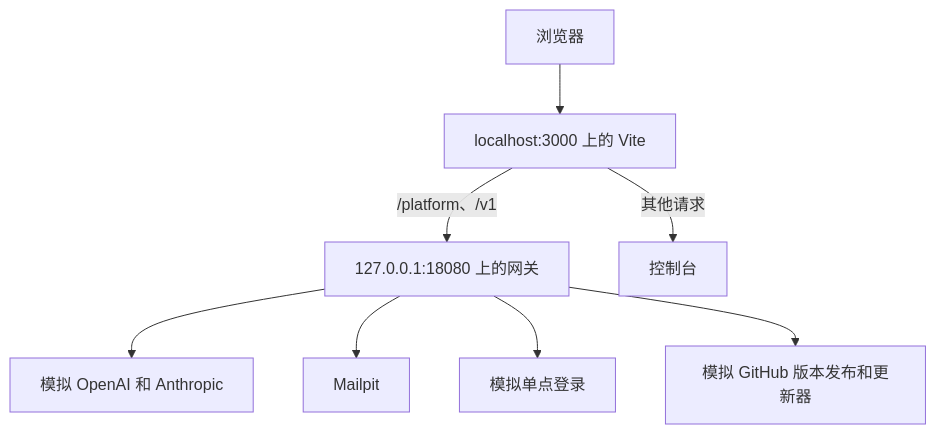
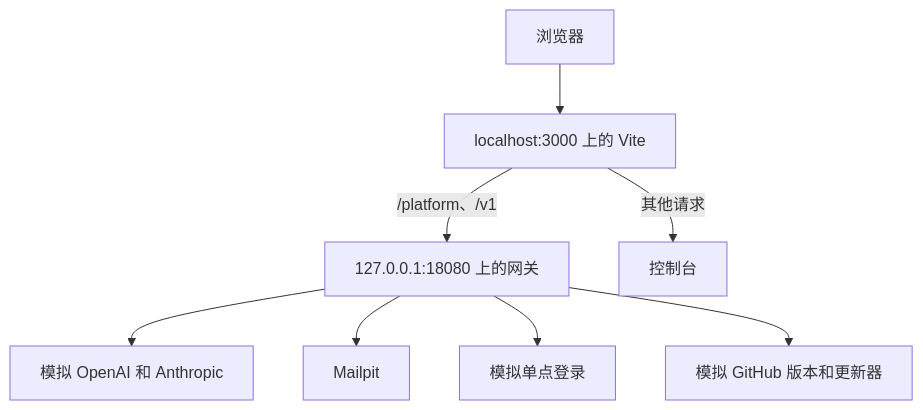
Before and after one commit to logicplanes/kaeso: the diagram in apps/docs/content/zh-CN/development/stack.md, drawn with Mermaid. The commit also changed other lines of this file and 26 other files, not shown here.

````diff
--- a/apps/docs/content/zh-CN/development/stack.md
+++ b/apps/docs/content/zh-CN/development/stack.md
@@ -9,12 +9,12 @@
 ```mermaid
 flowchart TD
   accTitle: 开发栈
-  accDescr: 浏览器打开 localhost:3000 上的 Vite。Vite 把 /platform 和 /v1 转发给 127.0.0.1:18080 上的网关，其余请求则返回控制台。网关调用模拟服务商、Mailpit、模拟身份提供商，以及模拟的版本发布和更新器。
+  accDescr: 浏览器打开 localhost:3000 上的 Vite。Vite 把 /platform 和 /v1 转发给 127.0.0.1:18080 上的网关，其余请求则返回控制台。网关调用模拟服务商、Mailpit、模拟身份提供商，以及模拟的版本和更新器。
   browser[浏览器] --> vite[localhost:3000 上的 Vite]
   vite -- /platform、/v1 --> gateway[127.0.0.1:18080 上的网关]
   vite -- 其他请求 --> console[控制台]
   gateway --> provider[模拟 OpenAI 和 Anthropic]
   gateway --> mail[Mailpit]
   gateway --> idp[模拟单点登录]
-  gateway --> releases[模拟 GitHub 版本发布和更新器]
+  gateway --> releases[模拟 GitHub 版本和更新器]
 ```
````
